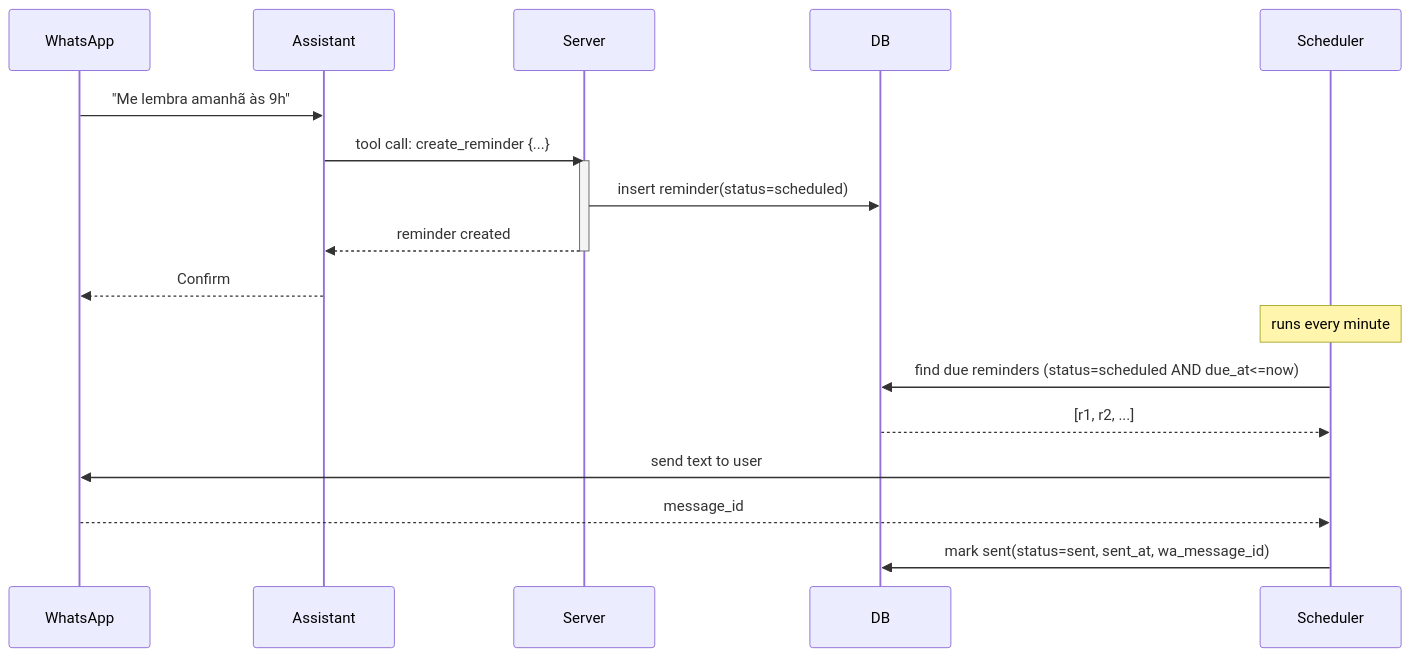
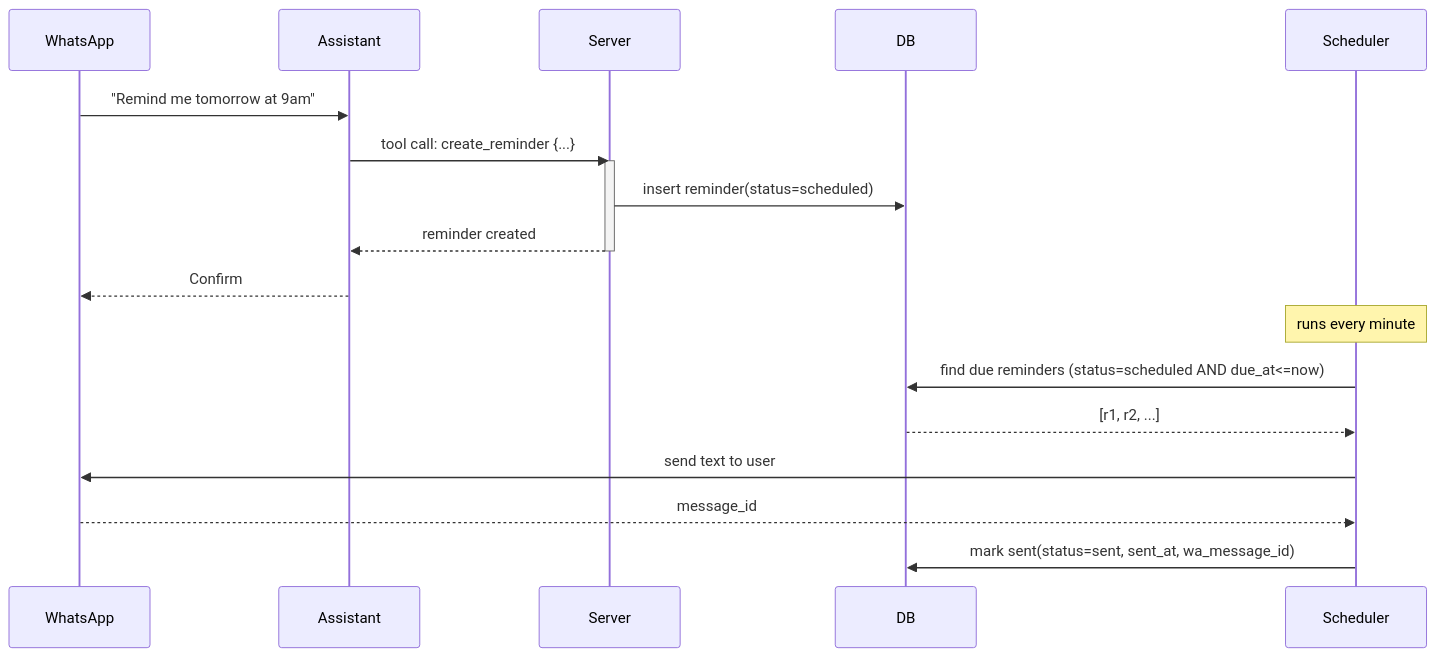
The diagram in spec/schedulingAndTools.md (malbq/whatsapp-agents), drawn with Mermaid before and after one commit. The commit also changed other lines of this file and 40 other files, not shown here.

````diff
--- a/spec/schedulingAndTools.md
+++ b/spec/schedulingAndTools.md
@@ -39,22 +39,22 @@
 ```mermaid
 sequenceDiagram
     participant U as WhatsApp
     participant A as Assistant
     participant API as Server
     participant DB as DB
     participant CRON as Scheduler
 
-    U->>A: "Me lembra amanhã às 9h"
+    U->>A: "Remind me tomorrow at 9am"
     A->>API: tool call: create_reminder {...}
     activate API
     API->>DB: insert reminder(status=scheduled)
     API-->>A: reminder created
     deactivate API
     A-->>U: Confirm
     Note over CRON: runs every minute
     CRON->>DB: find due reminders (status=scheduled AND due_at<=now)
     DB-->>CRON: [r1, r2, ...]
     CRON->>U: send text to user
     U-->>CRON: message_id
     CRON->>DB: mark sent(status=sent, sent_at, wa_message_id)
 ```
````
